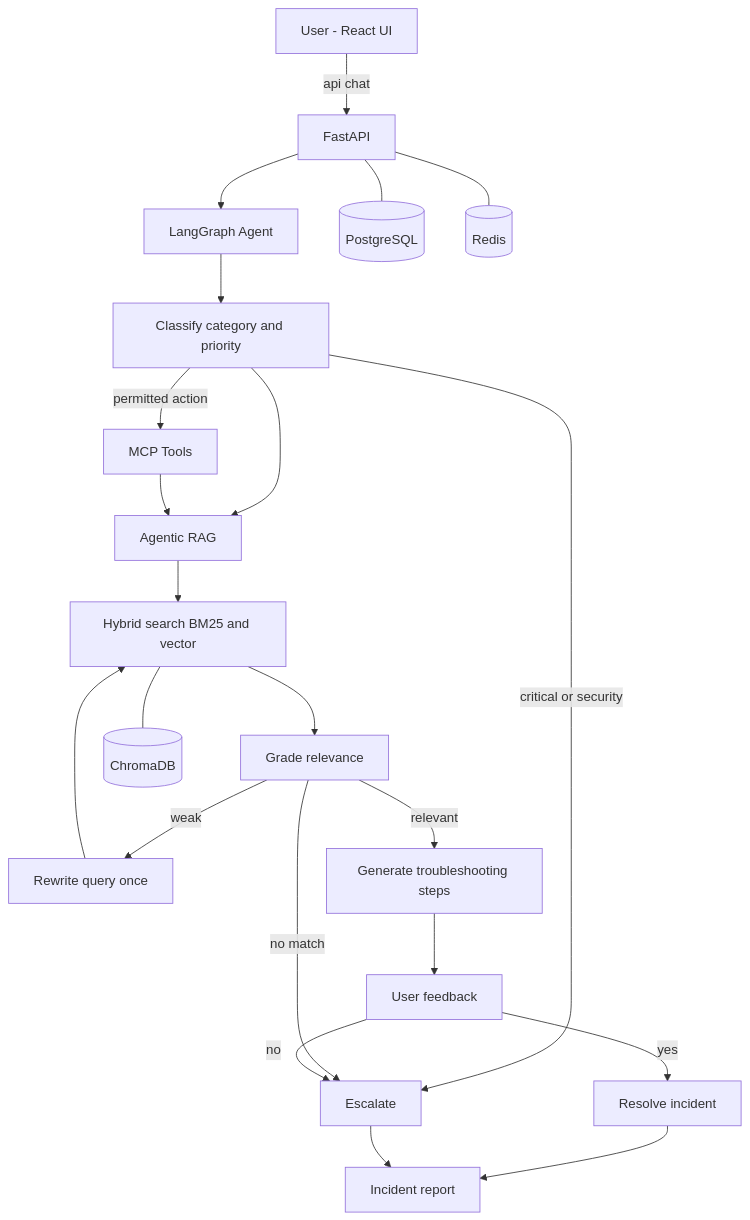
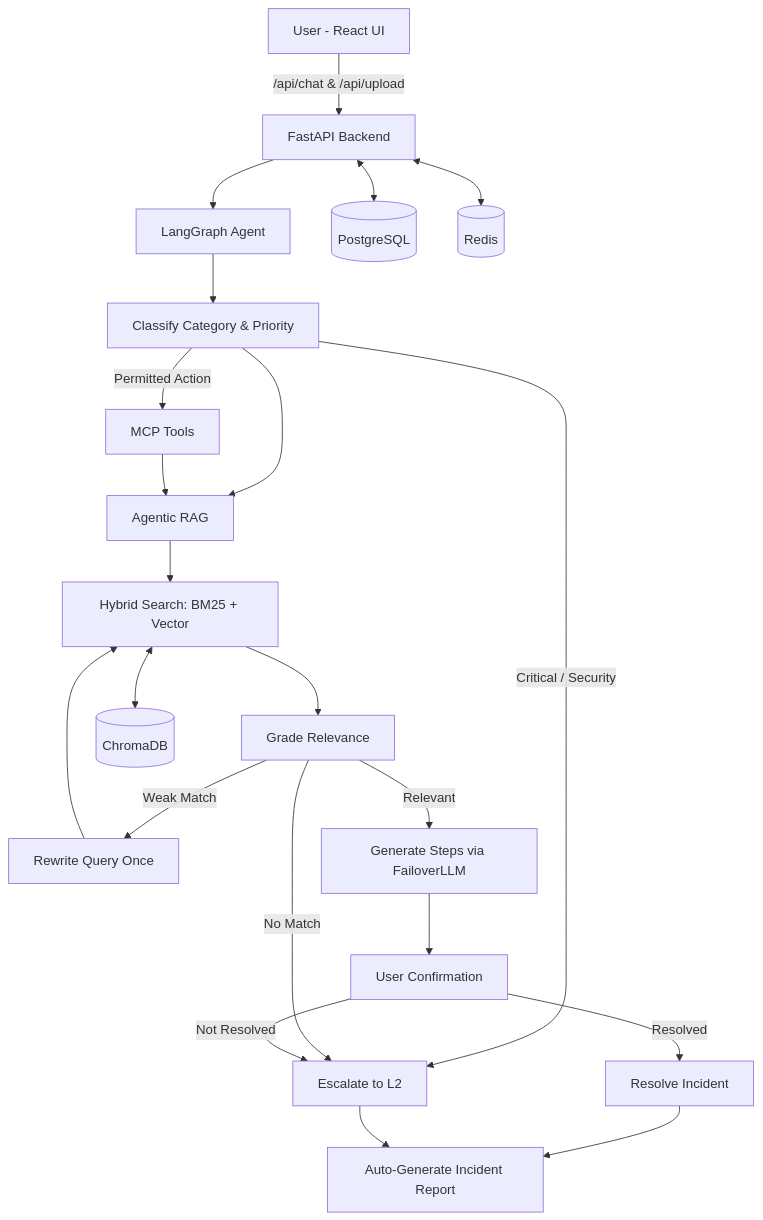
Before and after one commit to thilagu97003-svg/Agentic-AI: the diagram in README.md, drawn with Mermaid. The commit also changed other lines of this file, not shown here.

Commit message:
Update README with multi-LLM failover, multimodal UI, and setup guide

````diff
--- a/README.md
+++ b/README.md
@@ -43,24 +51,24 @@
 ```mermaid
 flowchart TD
-    U[User - React UI] -->|api chat| API[FastAPI]
+    U[User - React UI] -->|/api/chat & /api/upload| API[FastAPI Backend]
     API --> G[LangGraph Agent]
-    G --> C[Classify category and priority]
-    C -->|critical or security| E[Escalate]
-    C -->|permitted action| T[MCP Tools]
+    G --> C[Classify Category & Priority]
+    C -->|Critical / Security| E[Escalate to L2]
+    C -->|Permitted Action| T[MCP Tools]
     C --> R[Agentic RAG]
     T --> R
-    R --> H[Hybrid search BM25 and vector]
-    H --> GR[Grade relevance]
-    GR -->|weak| RW[Rewrite query once]
+    R --> H[Hybrid Search: BM25 + Vector]
+    H --> GR[Grade Relevance]
+    GR -->|Weak Match| RW[Rewrite Query Once]
     RW --> H
-    GR -->|no match| E
-    GR -->|relevant| GEN[Generate troubleshooting steps]
-    GEN --> F[User feedback]
-    F -->|yes| RES[Resolve incident]
-    F -->|no| E
-    RES --> REP[Incident report]
+    GR -->|No Match| E
+    GR -->|Relevant| GEN[Generate Steps via FailoverLLM]
+    GEN --> F[User Confirmation]
+    F -->|Resolved| RES[Resolve Incident]
+    F -->|Not Resolved| E
+    RES --> REP[Auto-Generate Incident Report]
     E --> REP
-    API --- PG[(PostgreSQL)]
-    API --- RD[(Redis)]
-    H --- CH[(ChromaDB)]
+    API <--> PG[(PostgreSQL)]
+    API <--> RD[(Redis)]
+    H <--> CH[(ChromaDB)]
 ```
````
